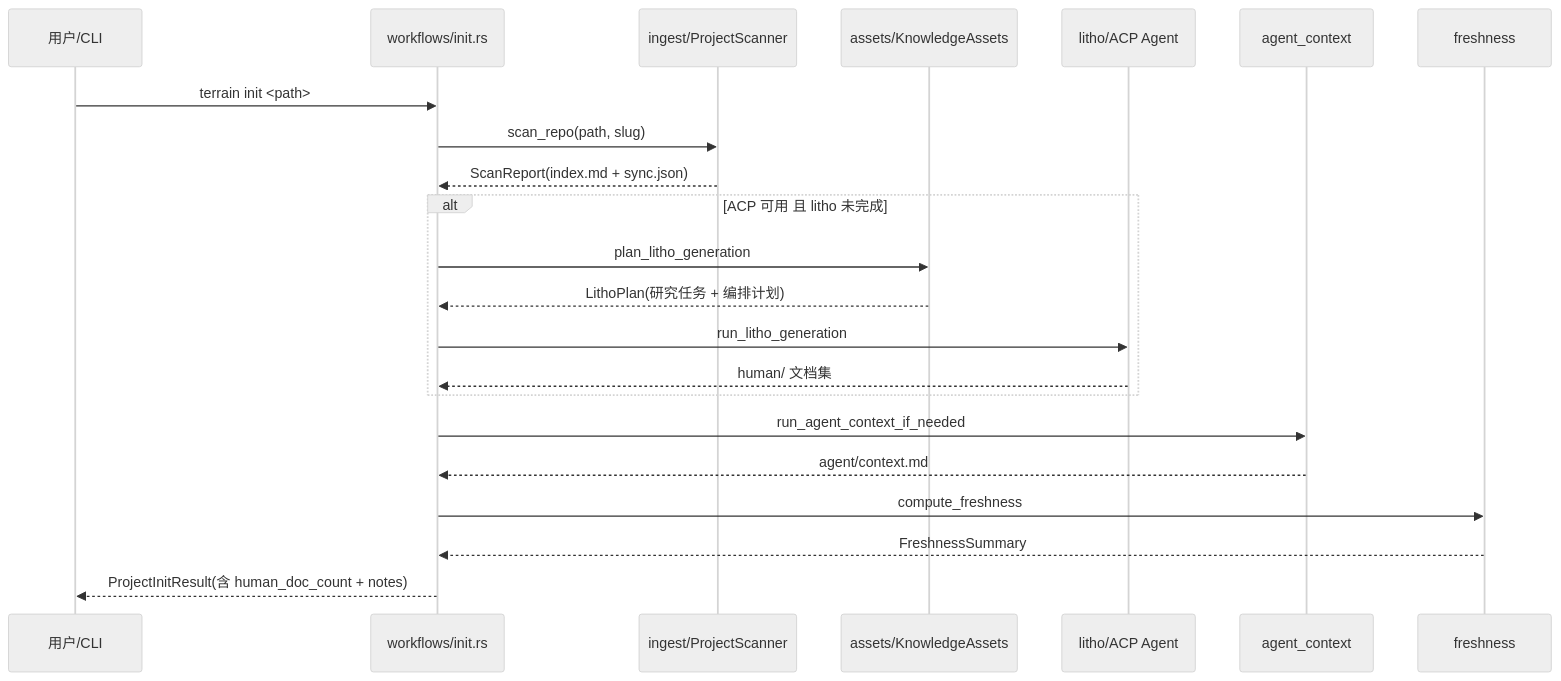
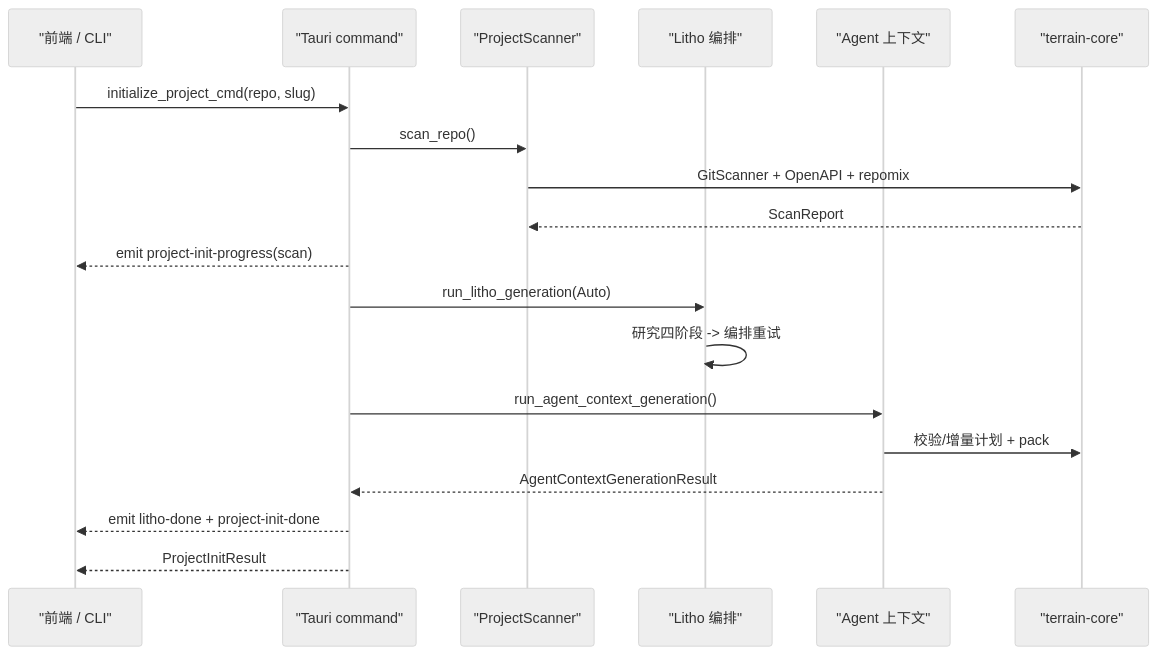
The fifth of 7 diagrams in .terrain/human/2.架构.md (sopaco/terrain), drawn with Mermaid (neutral theme) before and after one commit. The commit also changed other lines of this file and 29 other files, not shown here.

Commit message:
update terrain assets

````diff
--- a/.terrain/human/2.架构.md
+++ b/.terrain/human/2.架构.md
@@ -207,25 +204,22 @@
 ```mermaid
 sequenceDiagram
-    participant U as 用户/CLI
-    participant WF as workflows/init.rs
-    participant ING as ingest/ProjectScanner
-    participant ASSETS as assets/KnowledgeAssets
-    participant LITHO as litho/ACP Agent
-    participant CTX as agent_context
-    participant FR as freshness
+    participant UI as "前端 / CLI"
+    participant CMD as "Tauri command"
+    participant SCAN as "ProjectScanner"
+    participant LITHO as "Litho 编排"
+    participant CTX as "Agent 上下文"
+    participant CORE as "terrain-core"
 
-    U->>WF: terrain init <path>
-    WF->>ING: scan_repo(path, slug)
-    ING-->>WF: ScanReport(index.md + sync.json)
-    alt ACP 可用 且 litho 未完成
-        WF->>ASSETS: plan_litho_generation
-        ASSETS-->>WF: LithoPlan(研究任务 + 编排计划)
-        WF->>LITHO: run_litho_generation
-        LITHO-->>WF: human/ 文档集
-    end
-    WF->>CTX: run_agent_context_if_needed
-    CTX-->>WF: agent/context.md
-    WF->>FR: compute_freshness
-    FR-->>WF: FreshnessSummary
-    WF-->>U: ProjectInitResult(含 human_doc_count + notes)
+    UI->>CMD: initialize_project_cmd(repo, slug)
+    CMD->>SCAN: scan_repo()
+    SCAN->>CORE: GitScanner + OpenAPI + repomix
+    CORE-->>SCAN: ScanReport
+    CMD-->>UI: emit project-init-progress(scan)
+    CMD->>LITHO: run_litho_generation(Auto)
+    LITHO->>LITHO: 研究四阶段 -> 编排重试
+    CMD->>CTX: run_agent_context_generation()
+    CTX->>CORE: 校验/增量计划 + pack
+    CTX-->>CMD: AgentContextGenerationResult
+    CMD-->>UI: emit litho-done + project-init-done
+    CMD-->>UI: ProjectInitResult
 ```
````
